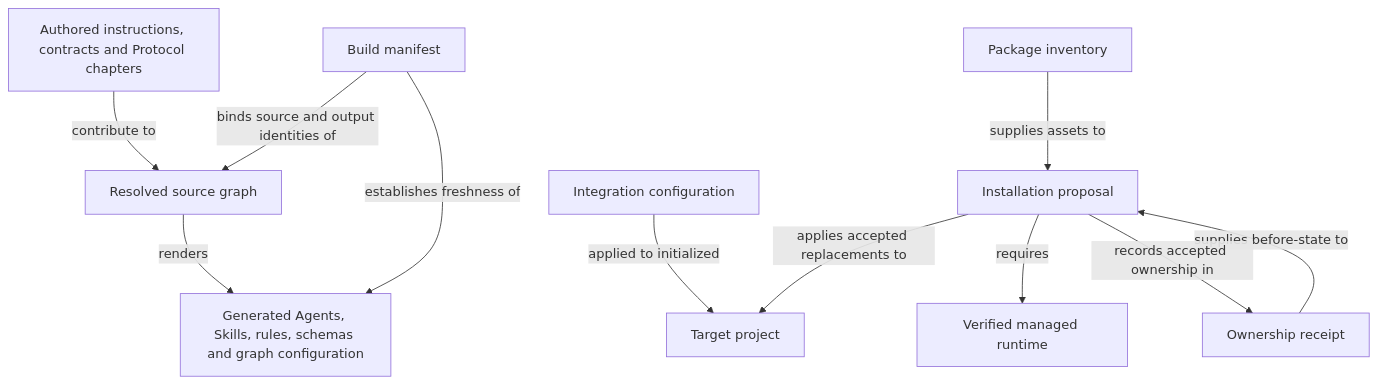
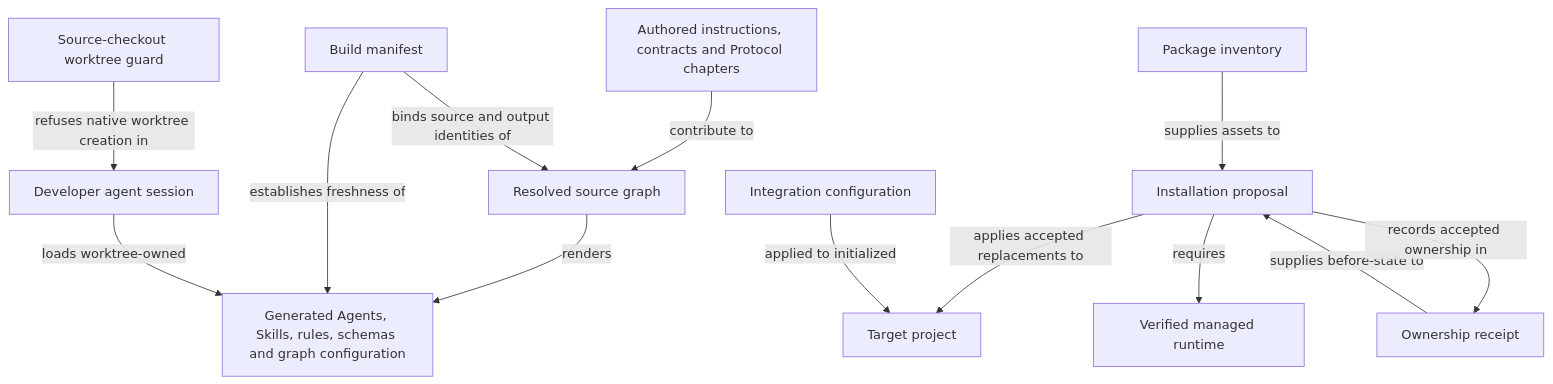
Before and after one commit to FTOD/concorde: the diagram in specs/modules/concorde/distribution/module.md, drawn with Mermaid. The commit also changed other lines of this file and 22 other files, not shown here.

First line of the commit message:
refactor(checkout)!: replace verify-worktree with a runtime worktree guard

````diff
--- a/specs/modules/concorde/distribution/module.md
+++ b/specs/modules/concorde/distribution/module.md
@@ -25,25 +25,29 @@
 ```mermaid
 flowchart TB
     accTitle: Distribution entities and relationships
-    accDescr: Authored sources form a resolved source graph that the build renders into generated Agents, Skills, rules, schemas and the Studio graph configuration, recorded by a build manifest. A package inventory identifies distributable assets. An installation proposal selects owned replacements and records their preconditions, requires a verified managed runtime, and records accepted ownership in a receipt. A configuration change applies supported integration settings to an initialized project.
+    accDescr: Authored sources form a resolved source graph that the build renders into generated Agents, Skills, rules, schemas and the Studio graph configuration, recorded by a build manifest. A package inventory identifies distributable assets. An installation proposal selects owned replacements and records their preconditions, requires a verified managed runtime, and records accepted ownership in a receipt. A configuration change applies supported integration settings to an initialized project. In the source checkout, a worktree guard refuses native worktree creation in the developer agent session that loads the worktree-owned generated Skills.
     authored["Authored instructions, contracts and Protocol chapters"]
     sourceGraph["Resolved source graph"]
     outputs["Generated Agents, Skills, rules, schemas and graph configuration"]
     manifest["Build manifest"]
     inventory["Package inventory"]
     proposal["Installation proposal"]
     target["Target project"]
     receipt["Ownership receipt"]
     runtime["Verified managed runtime"]
     configuration["Integration configuration"]
+    session["Developer agent session"]
+    guard["Source-checkout worktree guard"]
     authored -->|contribute to| sourceGraph
     sourceGraph -->|renders| outputs
     manifest -->|binds source and output identities of| sourceGraph
     manifest -->|establishes freshness of| outputs
     inventory -->|supplies assets to| proposal
     receipt -->|supplies before-state to| proposal
     proposal -->|applies accepted replacements to| target
     proposal -->|requires| runtime
     proposal -->|records accepted ownership in| receipt
     configuration -->|applied to initialized| target
+    session -->|loads worktree-owned| outputs
+    guard -->|refuses native worktree creation in| session
 ```
````
